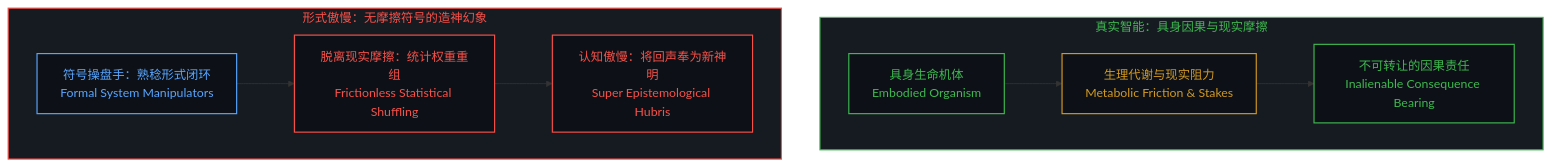
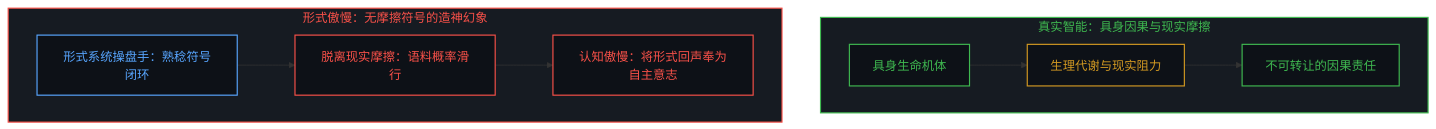
One commit to powerpig99/not-a-toe changed the fifth of 10 diagrams in content/posts/all-that-can-be-spoken-is-the-product-of-the-unspeakable.md. Above: the diagram before and after it, drawn with Mermaid. The commit also changed other lines of this file and 8 other files, not shown here.

````diff
--- a/content/posts/all-that-can-be-spoken-is-the-product-of-the-unspeakable.md
+++ b/content/posts/all-that-can-be-spoken-is-the-product-of-the-unspeakable.md
@@ -137,25 +151,25 @@
 ```mermaid
 graph TD
     classDef default fill:#0d1117,stroke:#30363d,stroke-width:1px,color:#f0f6fc;
     classDef mind fill:#0d1117,stroke:#3fb950,stroke-width:1.5px,color:#3fb950;
     classDef failure fill:#0d1117,stroke:#f85149,stroke-width:1.5px,color:#f85149;
     classDef scaffold fill:#0d1117,stroke:#d29922,stroke-width:1.5px,color:#d29922;
     classDef model fill:#0d1117,stroke:#58a6ff,stroke-width:1.5px,color:#58a6ff;
 
     subgraph S_LivingMind ["真实智能：具身因果与现实摩擦"]
-        L1["具身生命机体<br/>Embodied Organism"]:::mind
-        L2["生理代谢与现实阻力<br/>Metabolic Friction & Stakes"]:::scaffold
-        L3["不可转让的因果责任<br/>Inalienable Consequence Bearing"]:::mind
+        L1["具身生命机体"]:::mind
+        L2["生理代谢与现实阻力"]:::scaffold
+        L3["不可转让的因果责任"]:::mind
         L1 --> L2 --> L3
     end
 
     subgraph S_FormalHubris ["形式傲慢：无摩擦符号的造神幻象"]
-        H1["符号操盘手：熟稔形式闭环<br/>Formal System Manipulators"]:::model
-        H2["脱离现实摩擦：统计权重重组<br/>Frictionless Statistical Shuffling"]:::failure
-        H3["认知傲慢：将回声奉为新神明<br/>Super Epistemological Hubris"]:::failure
+        H1["形式系统操盘手：熟稔符号闭环"]:::model
+        H2["脱离现实摩擦：语料概率滑行"]:::failure
+        H3["认知傲慢：将形式回声奉为自主意志"]:::failure
         H1 --> H2 --> H3
     end
 
     style S_LivingMind fill:#161b22,stroke:#3fb950,stroke-width:1.5px,color:#3fb950
     style S_FormalHubris fill:#161b22,stroke:#f85149,stroke-width:1.5px,color:#f85149
 ```
````
